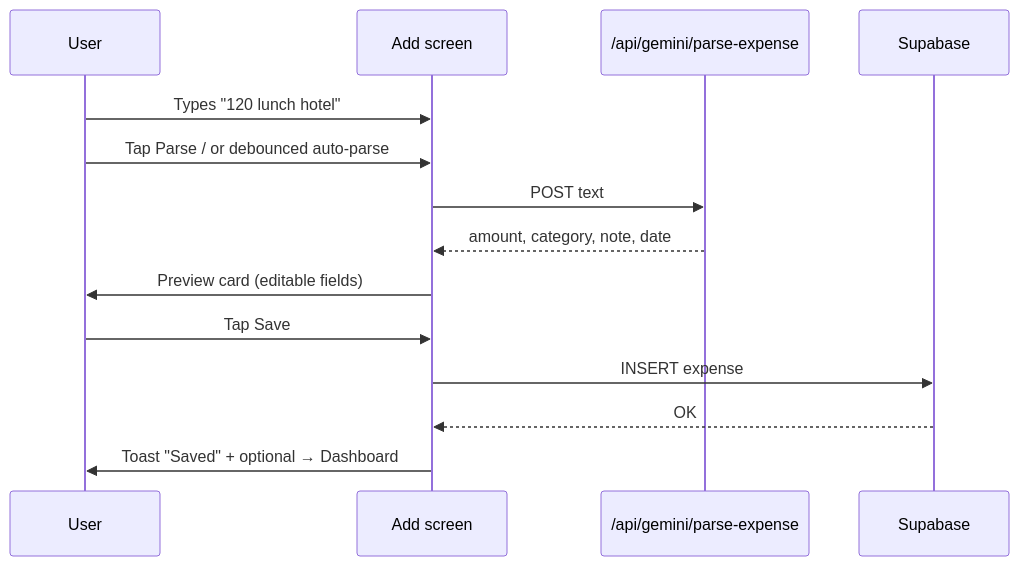
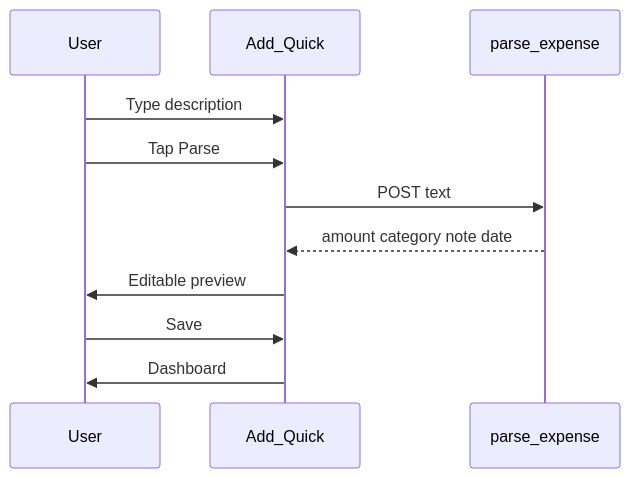
Before and after one commit to MushfiqMoon/PoysaPath: the second of 3 diagrams in docs/planning-design.md, drawn with Mermaid. The commit also changed other lines of this file and 41 other files, not shown here.

````diff
--- a/docs/planning-design.md
+++ b/docs/planning-design.md
@@ -160,17 +58,13 @@
 ```mermaid
 sequenceDiagram
     participant U as User
-    participant UI as Add screen
-    participant API as /api/gemini/parse-expense
-    participant DB as Supabase
-
-    U->>UI: Types "120 lunch hotel"
-    U->>UI: Tap Parse / or debounced auto-parse
+    participant UI as Add_Quick
+    participant API as parse_expense
+    U->>UI: Type description
+    U->>UI: Tap Parse
     UI->>API: POST text
-    API-->>UI: amount, category, note, date
-    UI->>U: Preview card (editable fields)
-    U->>UI: Tap Save
-    UI->>DB: INSERT expense
-    DB-->>UI: OK
-    UI->>U: Toast "Saved" + optional → Dashboard
+    API-->>UI: amount category note date
+    UI->>U: Editable preview
+    U->>UI: Save
+    UI->>U: Dashboard
 ```
````
